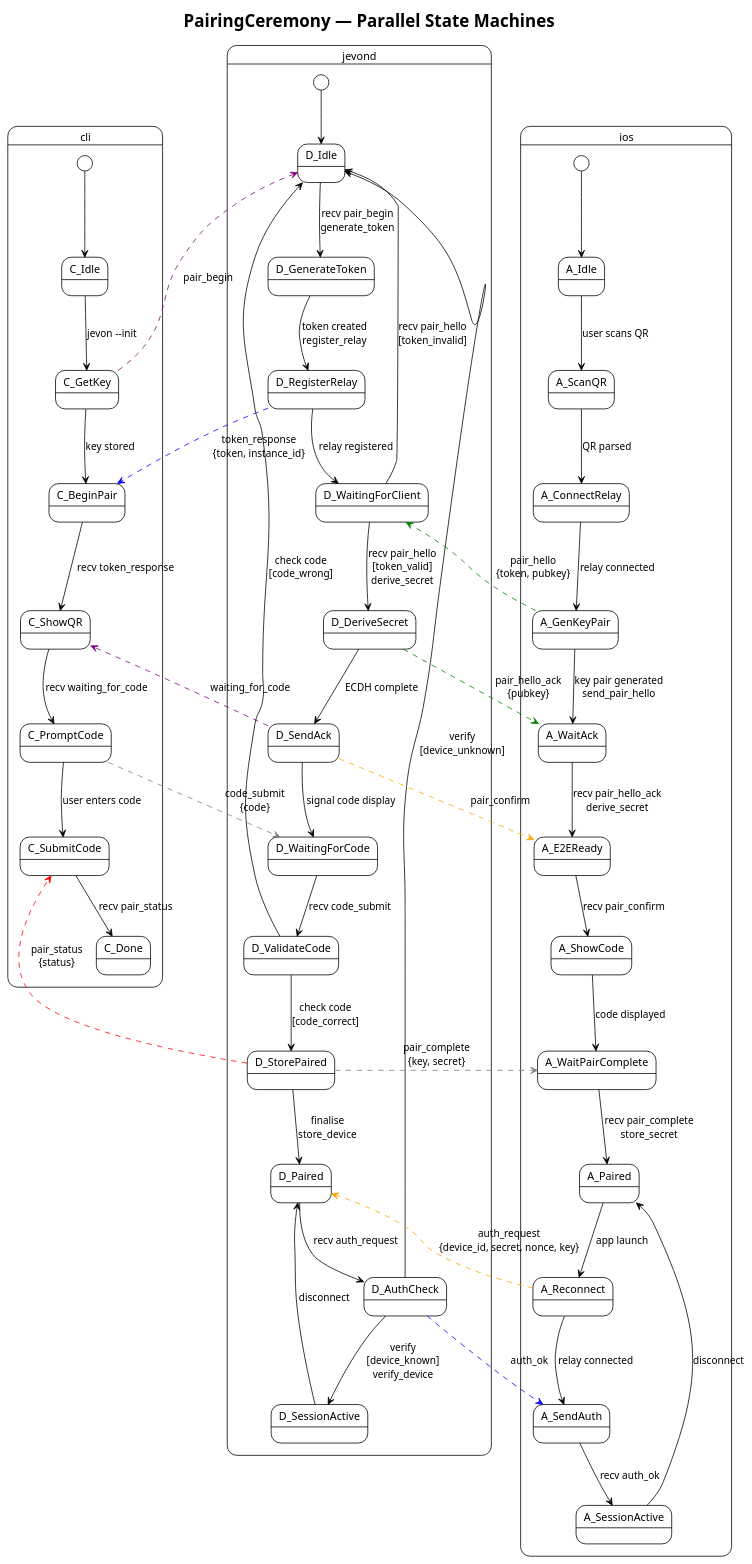
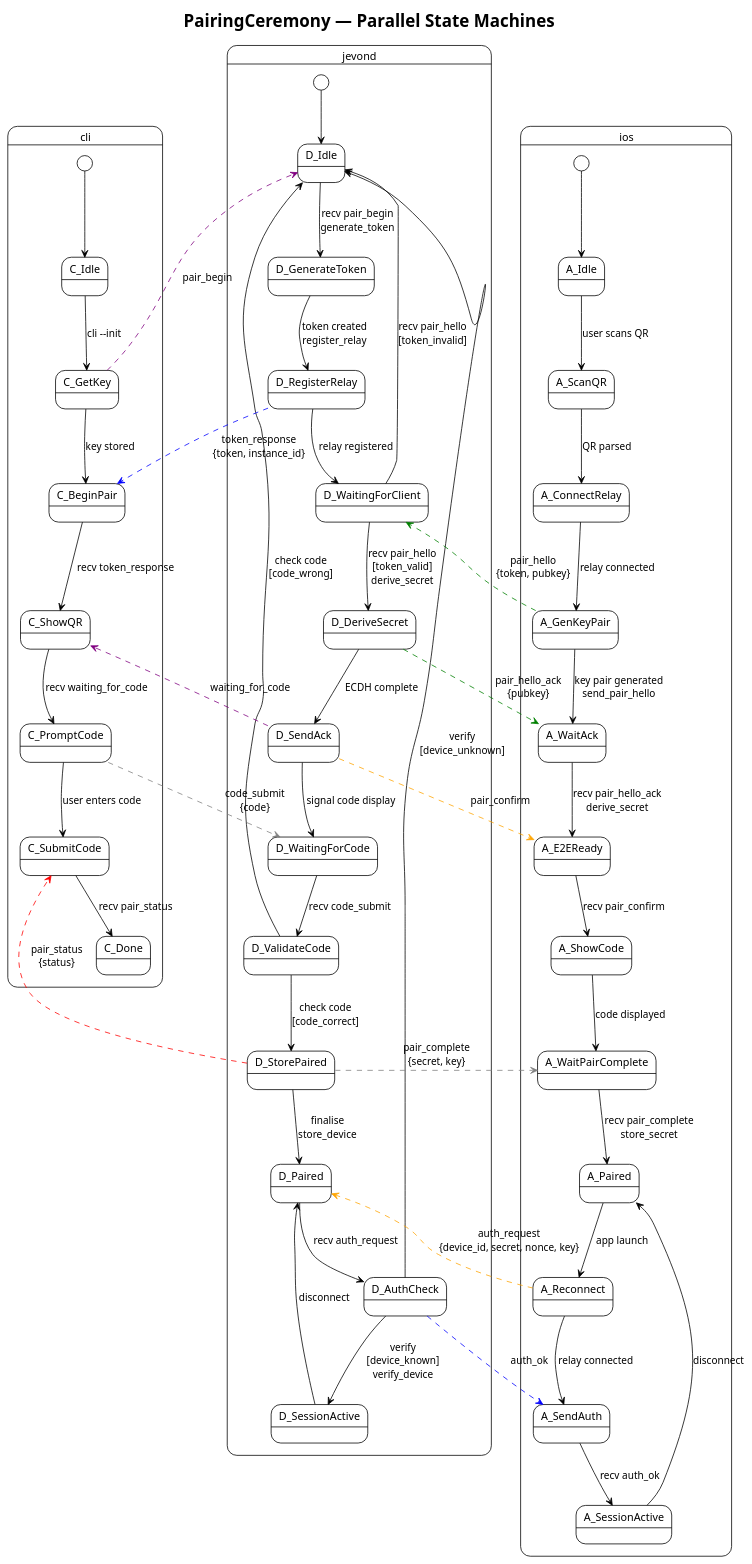
Before and after one commit to marcelocantos/pigeon: the diagram in docs/pairingceremony.puml, drawn with PlantUML. The commit also changed 18 other files, not shown here.

```diff
--- a/docs/pairingceremony.puml
+++ b/docs/pairingceremony.puml
@@ -1,65 +1,65 @@
 @startuml PairingCeremony
 !theme plain
 
 title PairingCeremony — Parallel State Machines
 
 state "jevond" as D {
   [*] --> D_Idle
   D_Idle --> D_GenerateToken : recv pair_begin\ngenerate_token
   D_GenerateToken --> D_RegisterRelay : token created\nregister_relay
   D_RegisterRelay --> D_WaitingForClient : relay registered
   D_WaitingForClient --> D_DeriveSecret : recv pair_hello\n[token_valid]\nderive_secret
   D_WaitingForClient --> D_Idle : recv pair_hello\n[token_invalid]
   D_DeriveSecret --> D_SendAck : ECDH complete
   D_SendAck --> D_WaitingForCode : signal code display
   D_WaitingForCode --> D_ValidateCode : recv code_submit
   D_ValidateCode --> D_StorePaired : check code\n[code_correct]
   D_ValidateCode --> D_Idle : check code\n[code_wrong]
   D_StorePaired --> D_Paired : finalise\nstore_device
   D_Paired --> D_AuthCheck : recv auth_request
   D_AuthCheck --> D_SessionActive : verify\n[device_known]\nverify_device
   D_AuthCheck --> D_Idle : verify\n[device_unknown]
   D_SessionActive --> D_Paired : disconnect
 }
 
 state "ios" as A {
   [*] --> A_Idle
   A_Idle --> A_ScanQR : user scans QR
   A_ScanQR --> A_ConnectRelay : QR parsed
   A_ConnectRelay --> A_GenKeyPair : relay connected
   A_GenKeyPair --> A_WaitAck : key pair generated\nsend_pair_hello
   A_WaitAck --> A_E2EReady : recv pair_hello_ack\nderive_secret
   A_E2EReady --> A_ShowCode : recv pair_confirm
   A_ShowCode --> A_WaitPairComplete : code displayed
   A_WaitPairComplete --> A_Paired : recv pair_complete\nstore_secret
   A_Paired --> A_Reconnect : app launch
   A_Reconnect --> A_SendAuth : relay connected
   A_SendAuth --> A_SessionActive : recv auth_ok
   A_SessionActive --> A_Paired : disconnect
 }
 
 state "cli" as C {
   [*] --> C_Idle
-  C_Idle --> C_GetKey : jevon --init
+  C_Idle --> C_GetKey : cli --init
   C_GetKey --> C_BeginPair : key stored
   C_BeginPair --> C_ShowQR : recv token_response
   C_ShowQR --> C_PromptCode : recv waiting_for_code
   C_PromptCode --> C_SubmitCode : user enters code
   C_SubmitCode --> C_Done : recv pair_status
 }
 
 ' === Cross-actor interactions ===
 
 D_RegisterRelay -[#blue,dashed]-> C_BeginPair : token_response\n{token, instance_id}
 D_DeriveSecret -[#green,dashed]-> A_WaitAck : pair_hello_ack\n{pubkey}
 D_SendAck -[#orange,dashed]-> A_E2EReady : pair_confirm
 D_SendAck -[#purple,dashed]-> C_ShowQR : waiting_for_code
-D_StorePaired -[#gray,dashed]-> A_WaitPairComplete : pair_complete\n{key, secret}
+D_StorePaired -[#gray,dashed]-> A_WaitPairComplete : pair_complete\n{secret, key}
 D_StorePaired -[#red,dashed]-> C_SubmitCode : pair_status\n{status}
 D_AuthCheck -[#blue,dashed]-> A_SendAuth : auth_ok
 A_GenKeyPair -[#green,dashed]-> D_WaitingForClient : pair_hello\n{token, pubkey}
 A_Reconnect -[#orange,dashed]-> D_Paired : auth_request\n{device_id, secret, nonce, key}
 C_GetKey -[#purple,dashed]-> D_Idle : pair_begin
 C_PromptCode -[#gray,dashed]-> D_WaitingForCode : code_submit\n{code}
 
 @enduml
```
